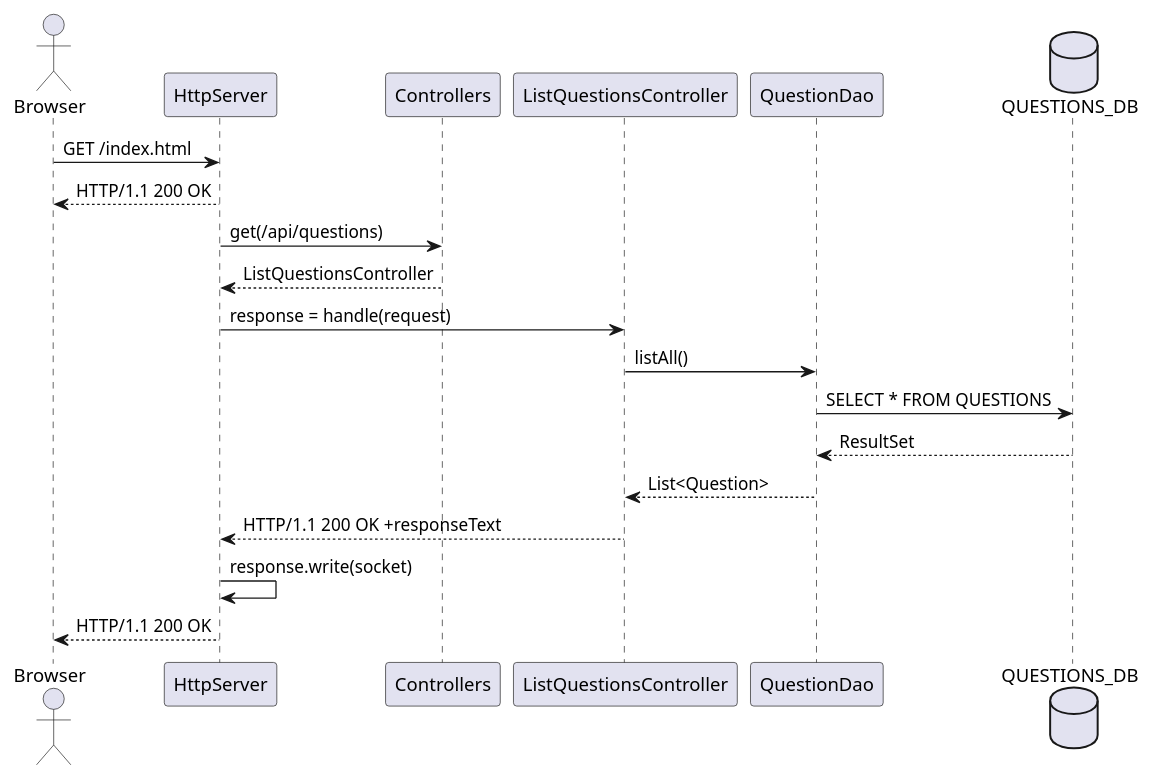
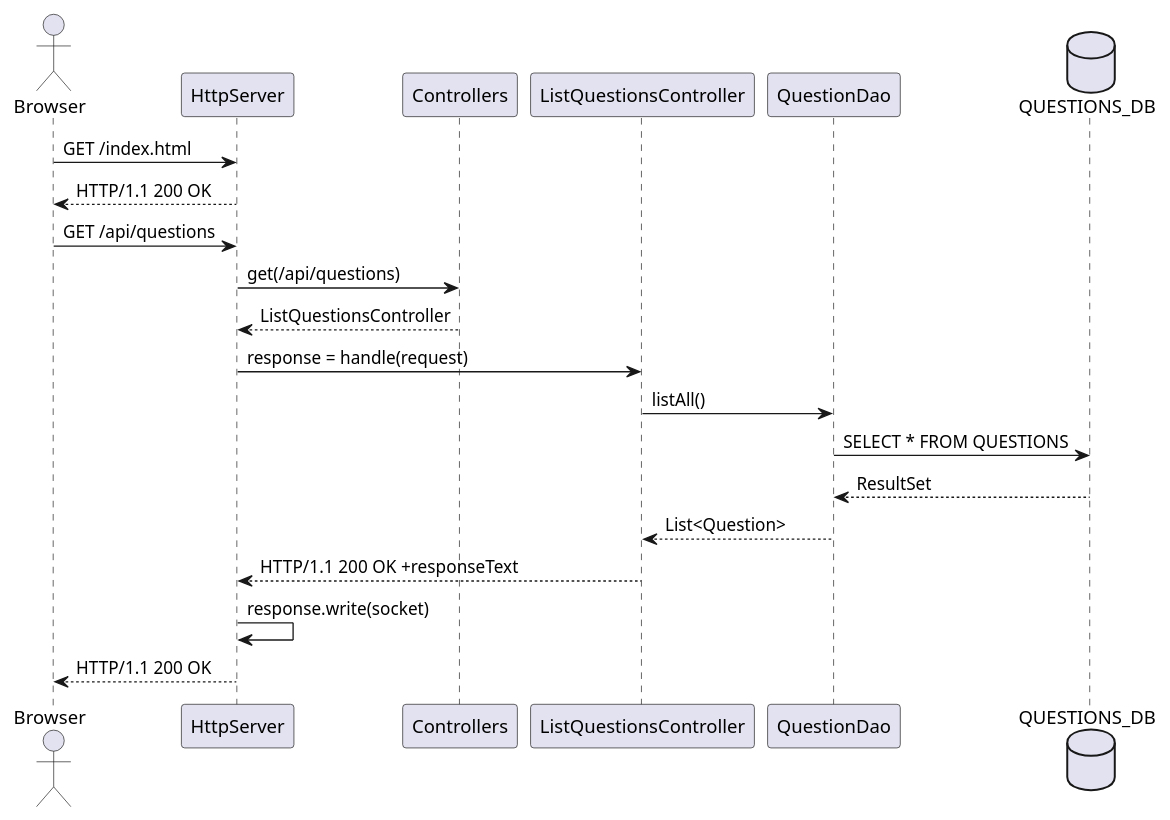
Before and after one commit to kristiania-pgr203-2021/pgr203-exam-willidachili: the diagram in doc/httpServerGetRequest.puml, drawn with PlantUML.

Commit message:
hot fix (i think)

```diff
--- a/doc/httpServerGetRequest.puml
+++ b/doc/httpServerGetRequest.puml
@@ -1,24 +1,25 @@
 @startuml
 
 actor Browser
 participant HttpServer
 participant Controllers
 participant ListQuestionsController
 participant QuestionDao
 database QUESTIONS_DB
 
 Browser -> HttpServer: GET /index.html
 Browser <-- HttpServer: HTTP/1.1 200 OK
+Browser -> HttpServer: GET /api/questions
 HttpServer -> Controllers: get(/api/questions)
 HttpServer <-- Controllers: ListQuestionsController
 HttpServer -> ListQuestionsController: response = handle(request)
 ListQuestionsController -> QuestionDao: listAll()
 QuestionDao -> QUESTIONS_DB: SELECT * FROM QUESTIONS
 QuestionDao <-- QUESTIONS_DB: ResultSet
 ListQuestionsController <-- QuestionDao: List<Question>
 HttpServer <-- ListQuestionsController: HTTP/1.1 200 OK +responseText
 HttpServer -> HttpServer: response.write(socket)
 Browser <-- HttpServer: HTTP/1.1 200 OK
 
 
 @enduml
```
